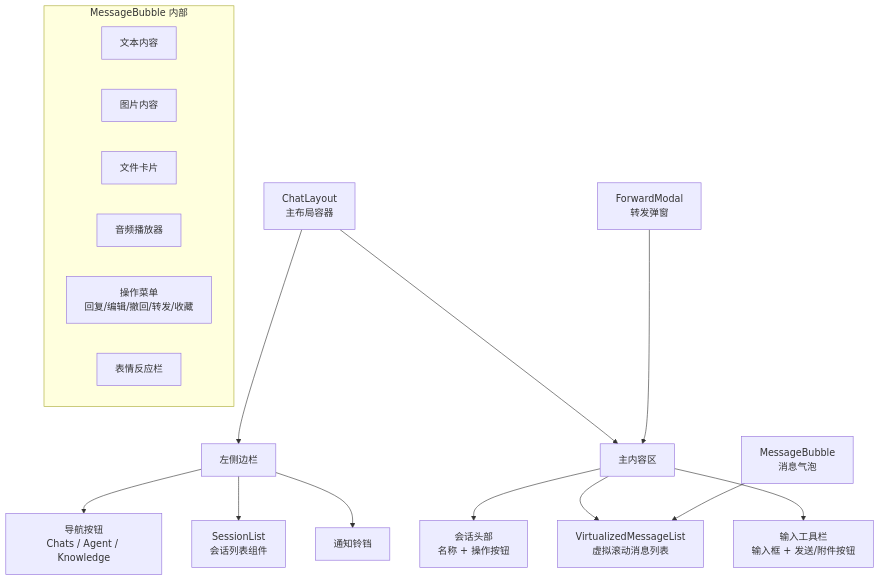
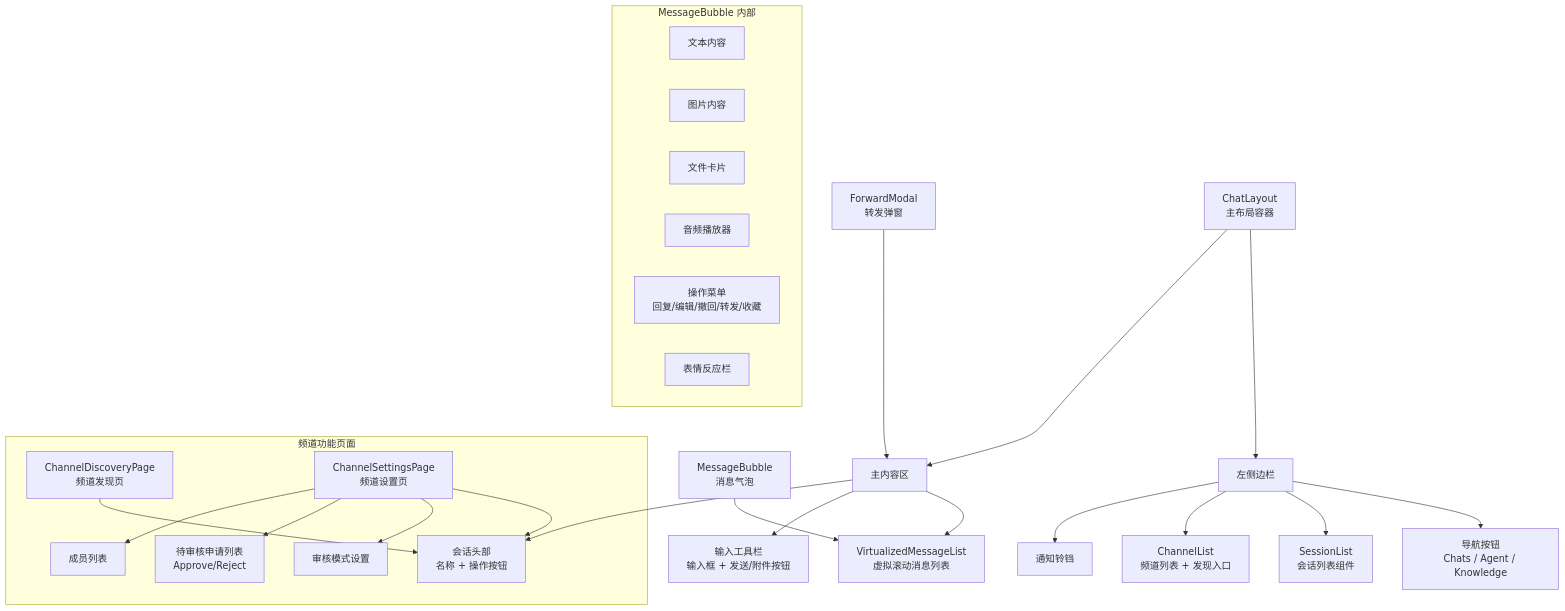
One commit to Elyxiya/chat-ai changed the first of 10 diagrams in docs/项目核心功能介绍/前端/02-聊天界面.md. Above: the diagram before and after it, drawn with Mermaid. The commit also changed other lines of this file and 49 other files, not shown here.

````diff
--- a/docs/项目核心功能介绍/前端/02-聊天界面.md
+++ b/docs/项目核心功能介绍/前端/02-聊天界面.md
@@ -42,26 +48,35 @@
 ```mermaid
 graph TB
     ChatLayout[ChatLayout<br/>主布局容器]
     ChatLayout --> SideBar[左侧边栏]
     ChatLayout --> MainArea[主内容区]
 
     SideBar --> Nav[导航按钮<br/>Chats / Agent / Knowledge]
     SideBar --> SessionList[SessionList<br/>会话列表组件]
+    SideBar --> ChannelList[ChannelList<br/>频道列表 + 发现入口]
     SideBar --> Notif[通知铃铛]
 
     MainArea --> Header[会话头部<br/>名称 + 操作按钮]
     MainArea --> VirtualList[VirtualizedMessageList<br/>虚拟滚动消息列表]
     MainArea --> InputBar[输入工具栏<br/>输入框 + 发送/附件按钮]
 
     MessageBubble[MessageBubble<br/>消息气泡] --> VirtualList
     ForwardModal[ForwardModal<br/>转发弹窗] --> MainArea
+
+    subgraph 频道功能页面
+        CDP[ChannelDiscoveryPage<br/>频道发现页] --> Header
+        CSP[ChannelSettingsPage<br/>频道设置页] --> Header
+        CSP --> AppTab[审核模式设置]
+        CSP --> AppList[待审核申请列表<br/>Approve/Reject]
+        CSP --> MemberList[成员列表]
+    end
 
     subgraph MessageBubble 内部
         Text[文本内容]
         Image[图片内容]
         File[文件卡片]
         Audio[音频播放器]
         Menu[操作菜单<br/>回复/编辑/撤回/转发/收藏]
         Reactions[表情反应栏]
     end
 ```
````
